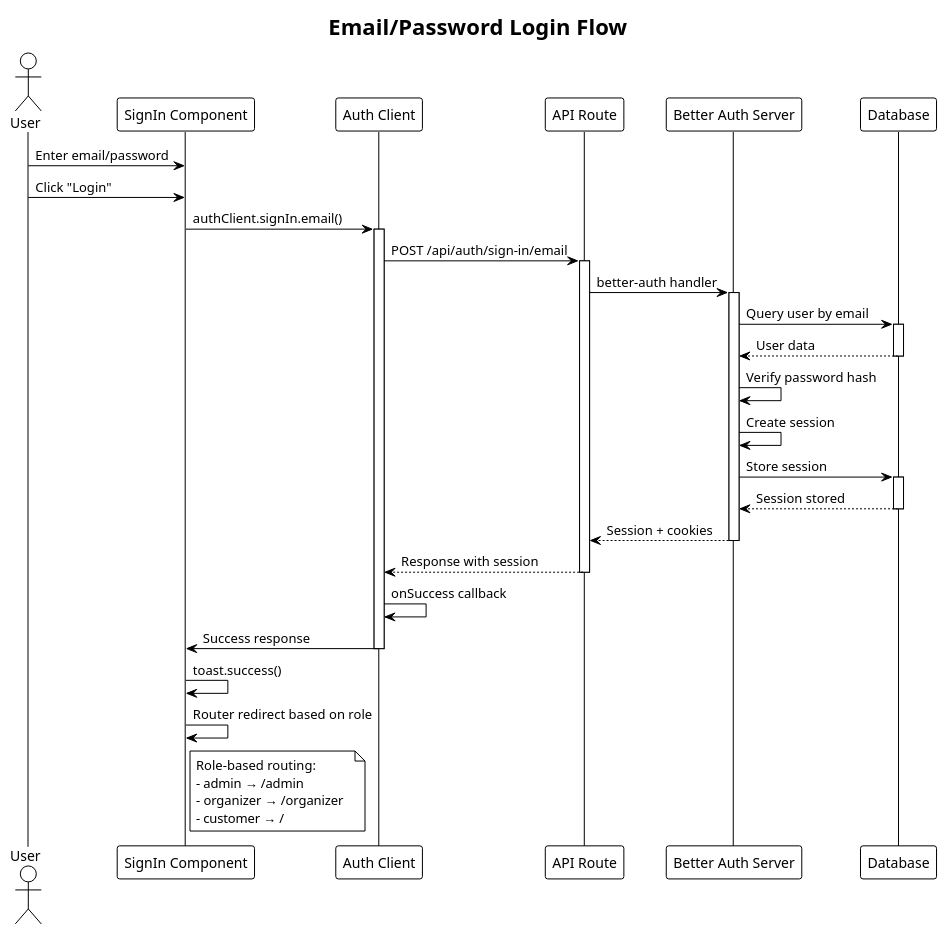
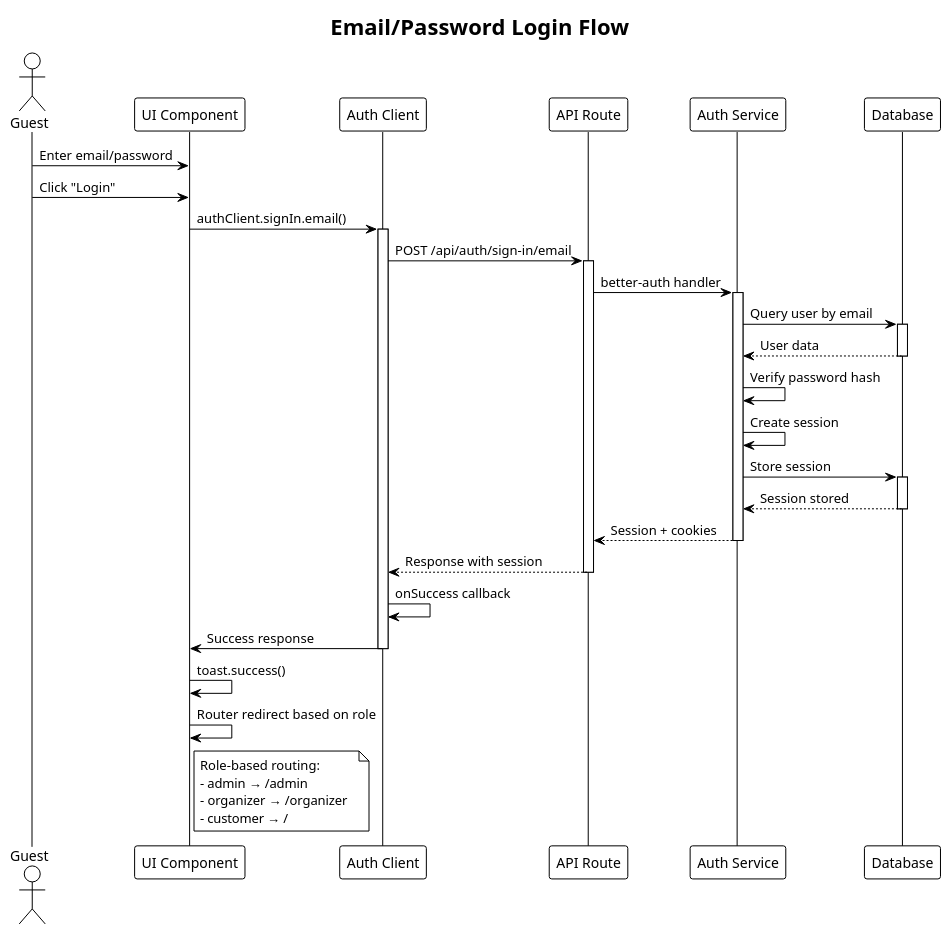
Before and after one commit to VieTicket/vieticket-monorepo: the first of 8 diagrams in puml/auth.puml, drawn with PlantUML. The commit also changed other lines of this file and 4 other files, not shown here.

Commit message:
[OPS-28] seq diagram for seatmap

```diff
--- a/puml/auth.puml
+++ b/puml/auth.puml
@@ -1,56 +1,56 @@
 @startuml login
 !theme plain
 title Email/Password Login Flow
 
-actor User
-participant "SignIn Component" as UI
+actor Guest
+participant "UI Component" as UI
 participant "Auth Client" as Client
 participant "API Route" as API
-participant "Better Auth Server" as Auth
+participant "Auth Service" as Auth
 participant "Database" as DB
 
-User -> UI: Enter email/password
-User -> UI: Click "Login"
+Guest -> UI: Enter email/password
+Guest -> UI: Click "Login"
 
 UI -> Client: authClient.signIn.email()
 activate Client
 
 Client -> API: POST /api/auth/sign-in/email
 activate API
 
 API -> Auth: better-auth handler
 activate Auth
 
 Auth -> DB: Query user by email
 activate DB
 DB --> Auth: User data
 deactivate DB
 
 Auth -> Auth: Verify password hash
 Auth -> Auth: Create session
 Auth -> DB: Store session
 activate DB
 DB --> Auth: Session stored
 deactivate DB
 
 Auth --> API: Session + cookies
 deactivate Auth
 
 API --> Client: Response with session
 deactivate API
 
 Client -> Client: onSuccess callback
 Client -> UI: Success response
 deactivate Client
 
 UI -> UI: toast.success()
 UI -> UI: Router redirect based on role
 
 note right of UI
   Role-based routing:
   - admin → /admin
   - organizer → /organizer  
   - customer → /
 end note
 
 @enduml
```
